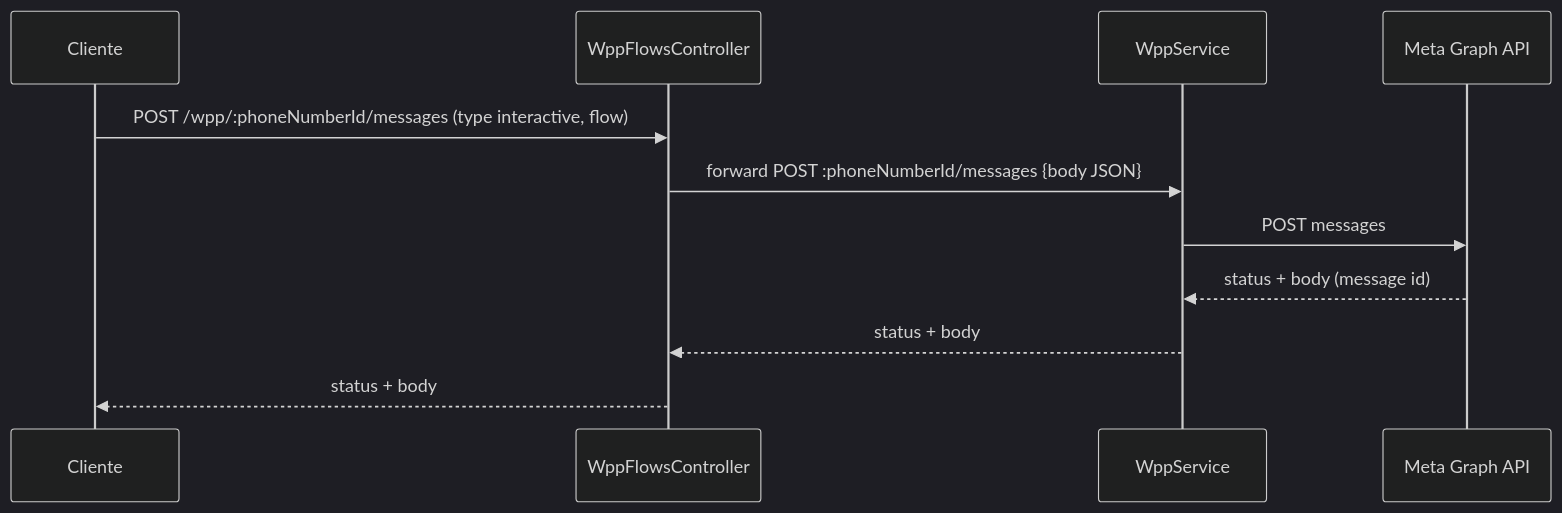
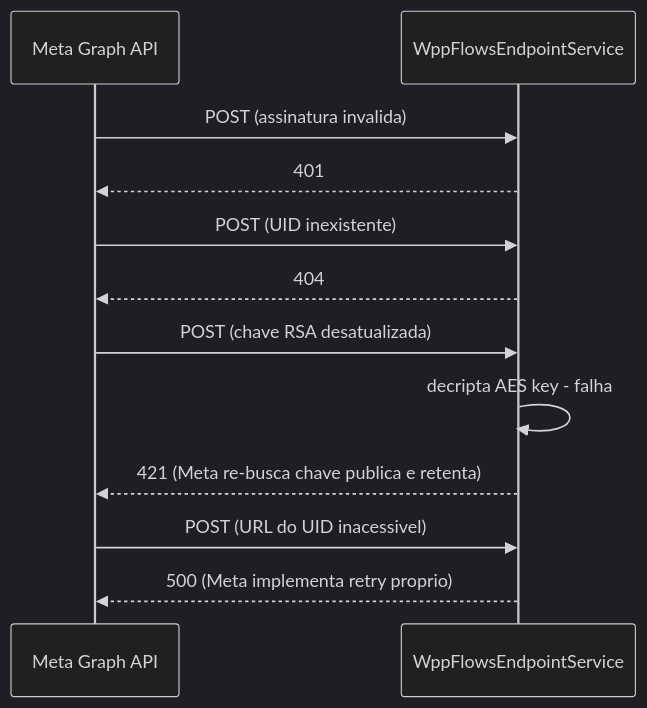
Before and after one commit to adaptwebtech/whiz-gateway: the fifth of 8 diagrams in docs/specs/2026-06-03-wpp-flows.md, drawn with Mermaid (dark theme). The commit also changed other lines of this file and 21 other files, not shown here.

````diff
--- a/docs/specs/2026-06-03-wpp-flows.md
+++ b/docs/specs/2026-06-03-wpp-flows.md
@@ -249,13 +363,14 @@
 ```mermaid
 sequenceDiagram
-    participant C as Cliente
-    participant Ctrl as WppFlowsController
-    participant S as WppService
     participant M as Meta Graph API
-    C->>Ctrl: POST /wpp/:phoneNumberId/messages (type interactive, flow)
-    Ctrl->>S: forward POST :phoneNumberId/messages {body JSON}
-    S->>M: POST messages
-    M-->>S: status + body (message id)
-    S-->>Ctrl: status + body
-    Ctrl-->>C: status + body
+    participant ES as WppFlowsEndpointService
+    M->>ES: POST (assinatura invalida)
+    ES-->>M: 401
+    M->>ES: POST (UID inexistente)
+    ES-->>M: 404
+    M->>ES: POST (chave RSA desatualizada)
+    ES->>ES: decripta AES key - falha
+    ES-->>M: 421 (Meta re-busca chave publica e retenta)
+    M->>ES: POST (URL do UID inacessivel)
+    ES-->>M: 500 (Meta implementa retry proprio)
 ```
````
